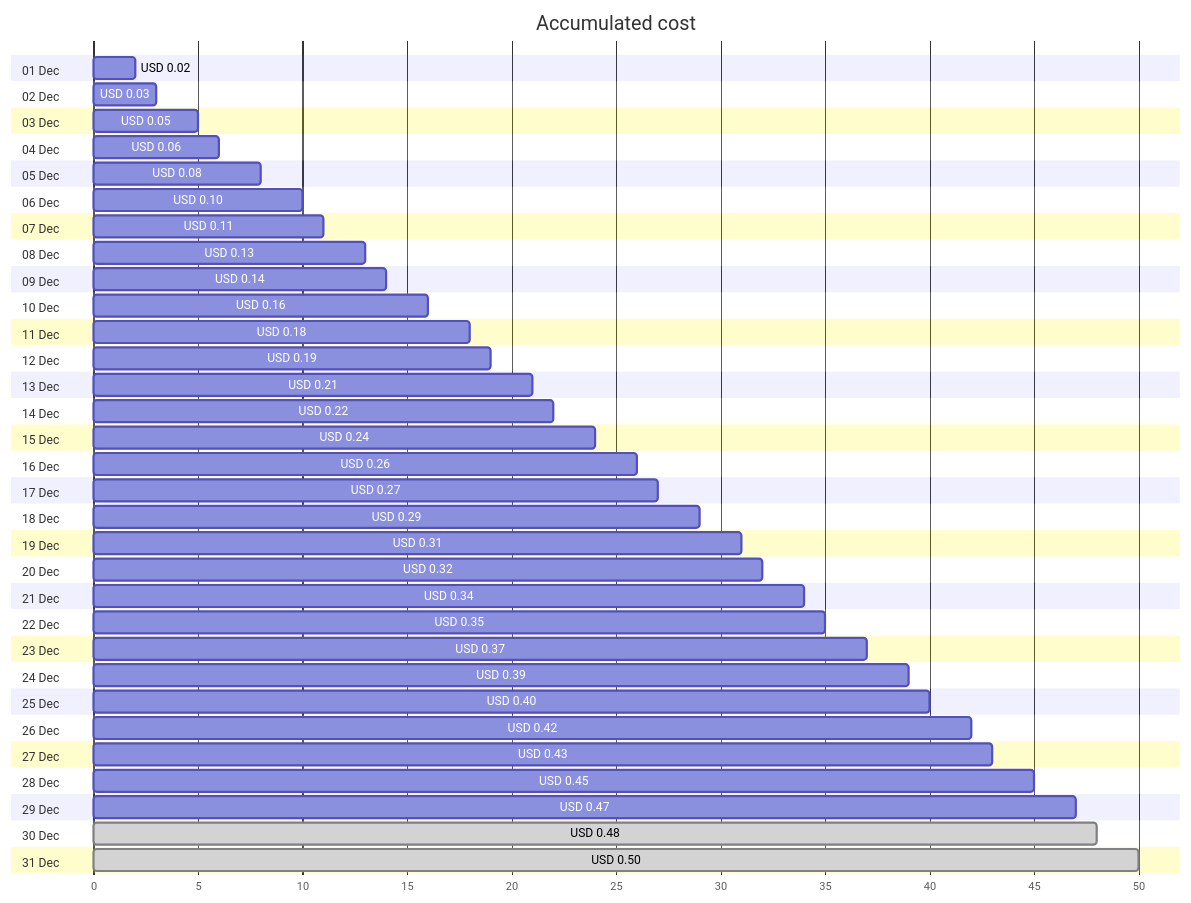
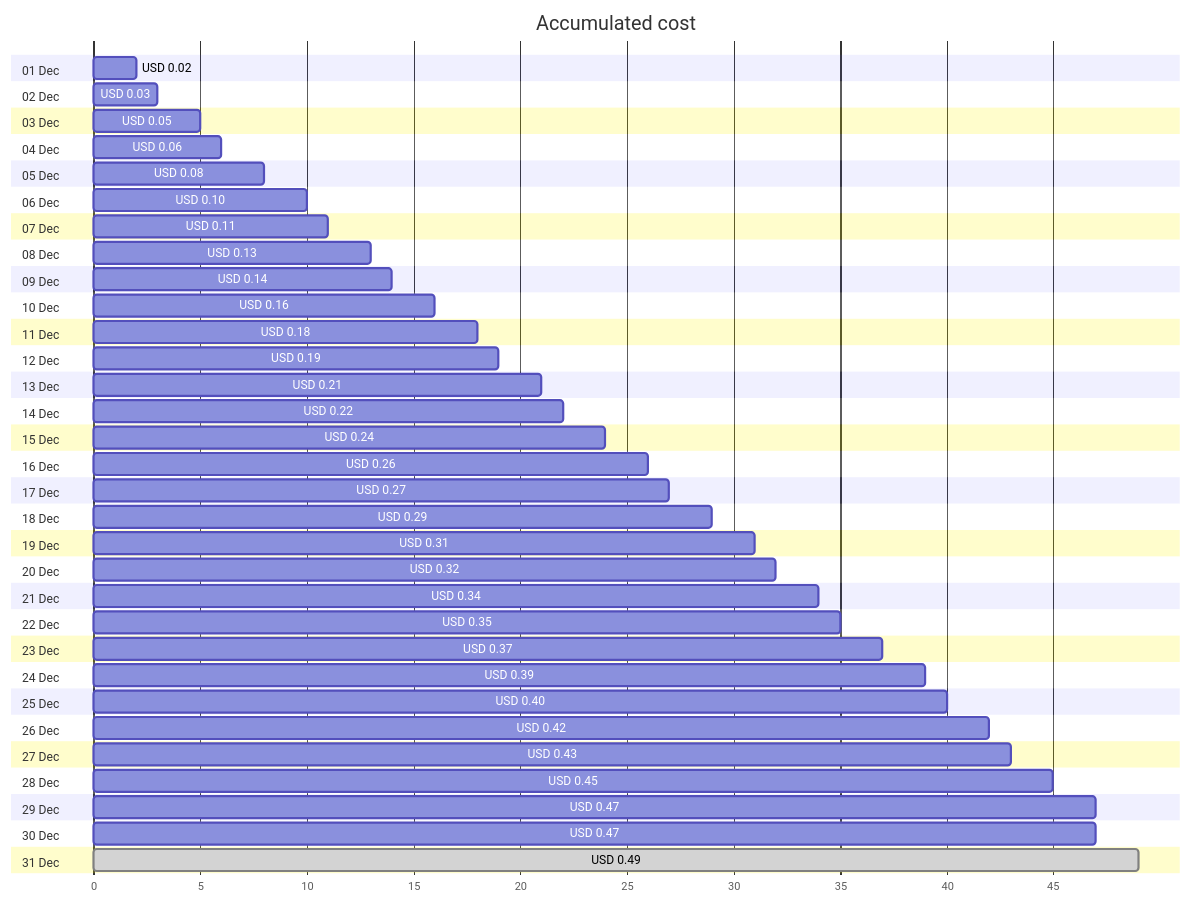
Before and after one commit to jpfulton/azure-personal-reports: the first of 4 diagrams in cost-reports/personal-network/private.jpatrickfulton.com.md, drawn with Mermaid. The commit also changed other lines of this file and 8 other files, not shown here.

````diff
--- a/cost-reports/personal-network/private.jpatrickfulton.com.md
+++ b/cost-reports/personal-network/private.jpatrickfulton.com.md
@@ -20,68 +20,68 @@
 ```mermaid
 gantt
    title Accumulated cost
    dateFormat  X
    axisFormat %s
    section 01 Dec
    USD 0.02 :0, 2
    section 02 Dec
    USD 0.03 :0, 3
    section 03 Dec
    USD 0.05 :0, 5
    section 04 Dec
    USD 0.06 :0, 6
    section 05 Dec
    USD 0.08 :0, 8
    section 06 Dec
    USD 0.10 :0, 10
    section 07 Dec
    USD 0.11 :0, 11
    section 08 Dec
    USD 0.13 :0, 13
    section 09 Dec
    USD 0.14 :0, 14
    section 10 Dec
    USD 0.16 :0, 16
    section 11 Dec
    USD 0.18 :0, 18
    section 12 Dec
    USD 0.19 :0, 19
    section 13 Dec
    USD 0.21 :0, 21
    section 14 Dec
    USD 0.22 :0, 22
    section 15 Dec
    USD 0.24 :0, 24
    section 16 Dec
    USD 0.26 :0, 26
    section 17 Dec
    USD 0.27 :0, 27
    section 18 Dec
    USD 0.29 :0, 29
    section 19 Dec
    USD 0.31 :0, 31
    section 20 Dec
    USD 0.32 :0, 32
    section 21 Dec
    USD 0.34 :0, 34
    section 22 Dec
    USD 0.35 :0, 35
    section 23 Dec
    USD 0.37 :0, 37
    section 24 Dec
    USD 0.39 :0, 39
    section 25 Dec
    USD 0.40 :0, 40
    section 26 Dec
    USD 0.42 :0, 42
    section 27 Dec
    USD 0.43 :0, 43
    section 28 Dec
    USD 0.45 :0, 45
    section 29 Dec
    USD 0.47 :0, 47
    section 30 Dec
-   USD 0.48 : done, 0, 48
+   USD 0.47 :0, 47
    section 31 Dec
-   USD 0.50 : done, 0, 50
+   USD 0.49 : done, 0, 49
 ```
````
